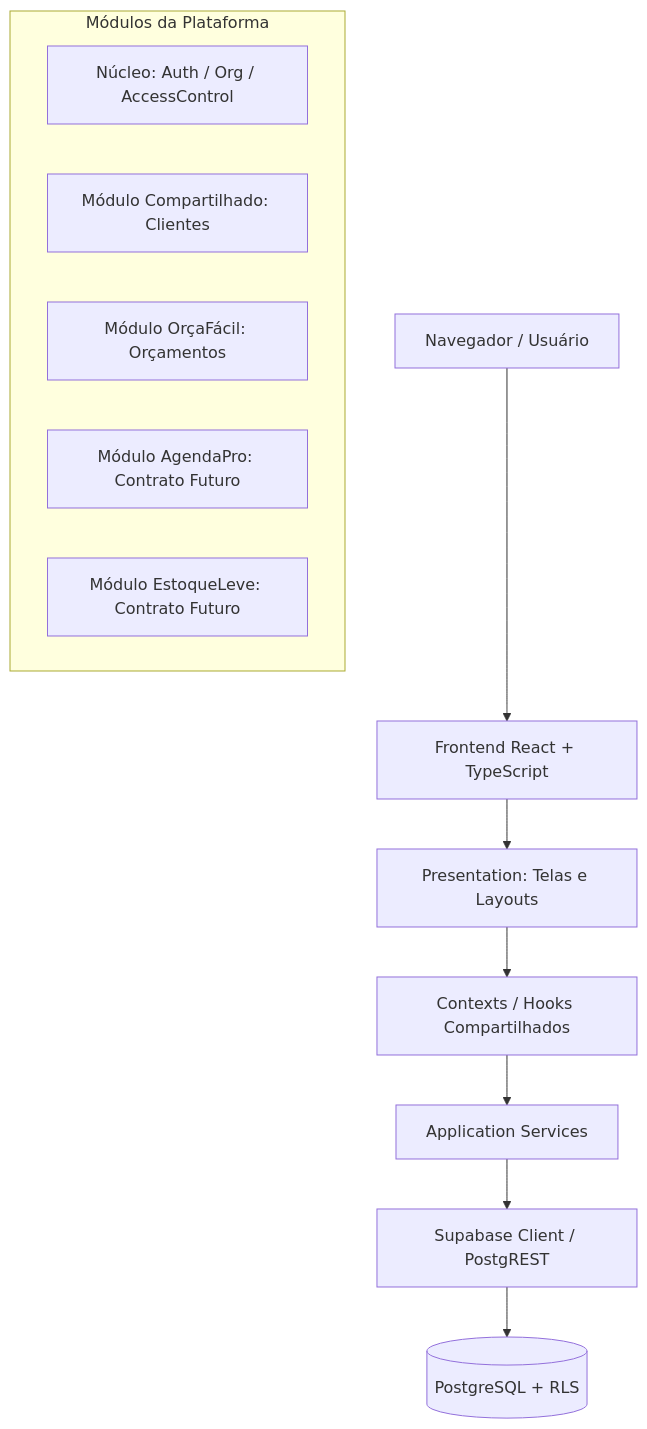
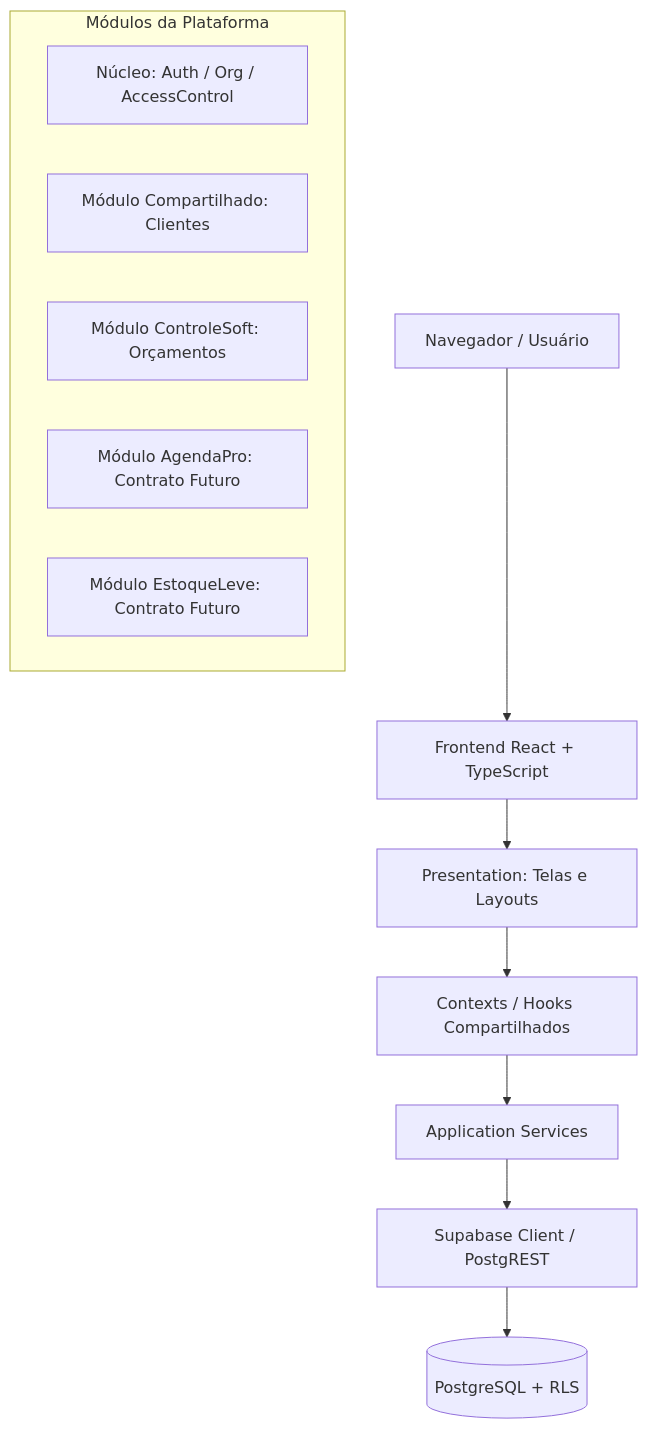
The diagram in orcafacil-platform/docs/architecture.md (jbgestao4-create/JbGestao), drawn with Mermaid before and after one commit. The commit also changed other lines of this file and 62 other files, not shown here.

Commit message:
Rebrand para ControleSoft, nova logo, ajustes de UI e CPF/CNPJ obrigatorio

````diff
--- a/orcafacil-platform/docs/architecture.md
+++ b/orcafacil-platform/docs/architecture.md
@@ -7,17 +7,17 @@
 ```mermaid
 graph TD
   User[Navegador / Usuário] --> ReactApp[Frontend React + TypeScript]
   ReactApp --> Presentation[Presentation: Telas e Layouts]
   Presentation --> Contexts[Contexts / Hooks Compartilhados]
   Contexts --> ApplicationServices[Application Services]
   ApplicationServices --> SupabaseClient[Supabase Client / PostgREST]
   SupabaseClient --> PostgreSQL[(PostgreSQL + RLS)]
   
   subgraph Modules [Módulos da Plataforma]
     Core[Núcleo: Auth / Org / AccessControl]
     Customers[Módulo Compartilhado: Clientes]
-    OrcaFacil[Módulo OrçaFácil: Orçamentos]
+    OrcaFacil[Módulo ControleSoft: Orçamentos]
     AgendaPro[Módulo AgendaPro: Contrato Futuro]
     EstoqueLeve[Módulo EstoqueLeve: Contrato Futuro]
   end
 ```
````
